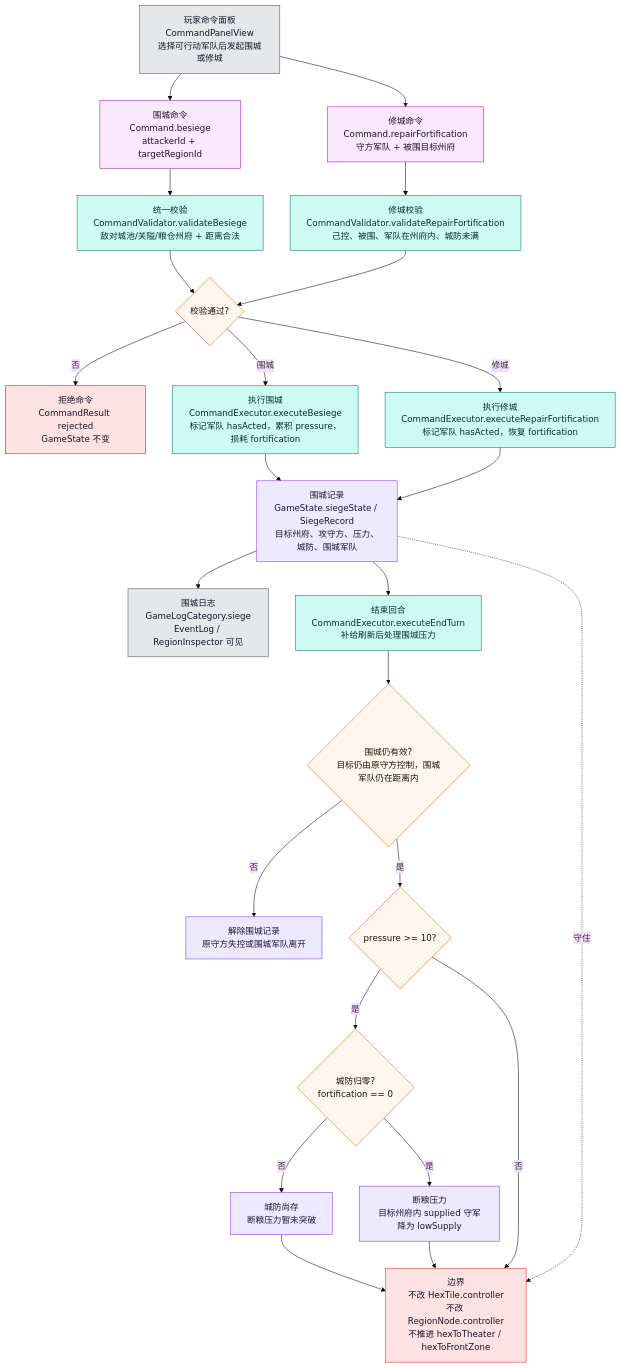
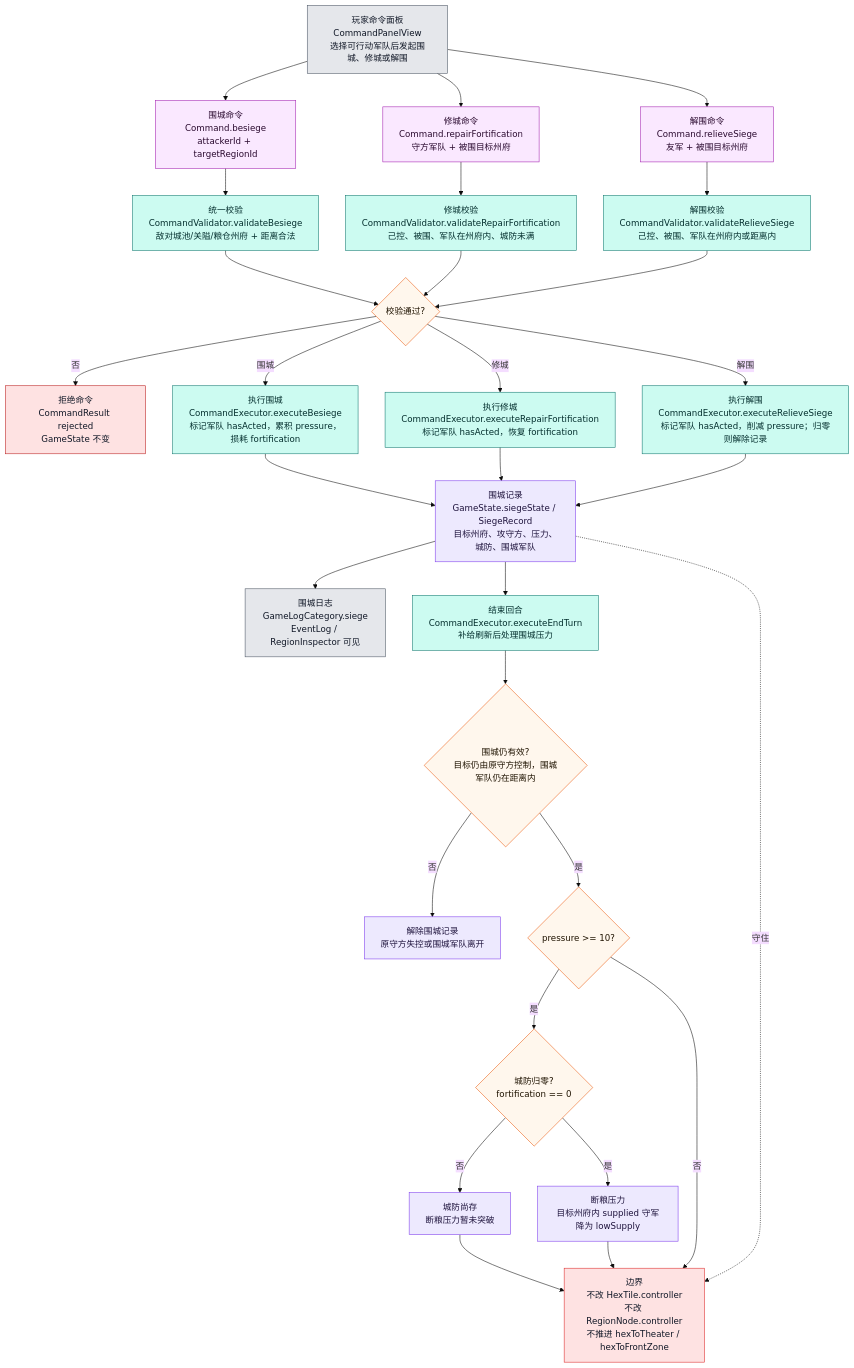
Before and after one commit to Altman-sam114/125: the sixth of 12 diagrams in md/flow/flowchart.md, drawn with Mermaid (base theme). The commit also changed other lines of this file and 13 other files, not shown here.

Commit message:
feat(siege): add Tang Song relief command

````diff
--- a/md/flow/flowchart.md
+++ b/md/flow/flowchart.md
@@ -290,44 +290,49 @@
 ```mermaid
 flowchart TD
-    UI["玩家命令面板<br/>CommandPanelView<br/>选择可行动军队后发起围城或修城"]:::ui
+    UI["玩家命令面板<br/>CommandPanelView<br/>选择可行动军队后发起围城、修城或解围"]:::ui
     CMD["围城命令<br/>Command.besiege<br/>attackerId + targetRegionId"]:::command
     VALID["统一校验<br/>CommandValidator.validateBesiege<br/>敌对城池/关隘/粮仓州府 + 距离合法"]:::rules
     REPAIR["修城命令<br/>Command.repairFortification<br/>守方军队 + 被围目标州府"]:::command
     RVALID["修城校验<br/>CommandValidator.validateRepairFortification<br/>己控、被围、军队在州府内、城防未满"]:::rules
+    RELIEVE["解围命令<br/>Command.relieveSiege<br/>友军 + 被围目标州府"]:::command
+    LVALID["解围校验<br/>CommandValidator.validateRelieveSiege<br/>己控、被围、军队在州府内或距离内"]:::rules
     PASS{"校验通过?"}:::decision
     REJECT["拒绝命令<br/>CommandResult rejected<br/>GameState 不变"]:::stop
     EXEC["执行围城<br/>CommandExecutor.executeBesiege<br/>标记军队 hasActed，累积 pressure，损耗 fortification"]:::rules
     REXEC["执行修城<br/>CommandExecutor.executeRepairFortification<br/>标记军队 hasActed，恢复 fortification"]:::rules
+    LEXEC["执行解围<br/>CommandExecutor.executeRelieveSiege<br/>标记军队 hasActed，削减 pressure；归零则解除记录"]:::rules
     STATE["围城记录<br/>GameState.siegeState / SiegeRecord<br/>目标州府、攻守方、压力、城防、围城军队"]:::state
     LOG["围城日志<br/>GameLogCategory.siege<br/>EventLog / RegionInspector 可见"]:::ui
     END["结束回合<br/>CommandExecutor.executeEndTurn<br/>补给刷新后处理围城压力"]:::rules
     HOLD{"围城仍有效?<br/>目标仍由原守方控制，围城军队仍在距离内"}:::decision
     LIFT["解除围城记录<br/>原守方失控或围城军队离开"]:::state
     PRESS{"pressure >= 10?"}:::decision
     WALL{"城防归零?<br/>fortification == 0"}:::decision
     BLOCK["城防尚存<br/>断粮压力暂未突破"]:::state
     LOW["断粮压力<br/>目标州府内 supplied 守军降为 lowSupply"]:::state
     HEX["边界<br/>不改 HexTile.controller<br/>不改 RegionNode.controller<br/>不推进 hexToTheater / hexToFrontZone"]:::authority
 
     UI --> CMD --> VALID --> PASS
     UI --> REPAIR --> RVALID --> PASS
+    UI --> RELIEVE --> LVALID --> PASS
     PASS -->|否| REJECT
     PASS -->|围城| EXEC --> STATE --> LOG
     PASS -->|修城| REXEC --> STATE
+    PASS -->|解围| LEXEC --> STATE
     STATE --> END --> HOLD
     HOLD -->|否| LIFT
     HOLD -->|是| PRESS
     PRESS -->|是| WALL
     WALL -->|否| BLOCK --> HEX
     WALL -->|是| LOW --> HEX
     PRESS -->|否| HEX
     STATE -.守住.-> HEX
 
     classDef ui fill:#e5e7eb,stroke:#4b5563,color:#111827
     classDef command fill:#fae8ff,stroke:#a21caf,color:#2a0a2f
     classDef rules fill:#ccfbf1,stroke:#0f766e,color:#042f2e
     classDef decision fill:#fff7ed,stroke:#ea580c,color:#1f1300
     classDef stop fill:#fee2e2,stroke:#b91c1c,color:#111827
     classDef state fill:#ede9fe,stroke:#7c3aed,color:#1f143d
     classDef authority fill:#fee2e2,stroke:#dc2626,color:#111827
 ```
````
